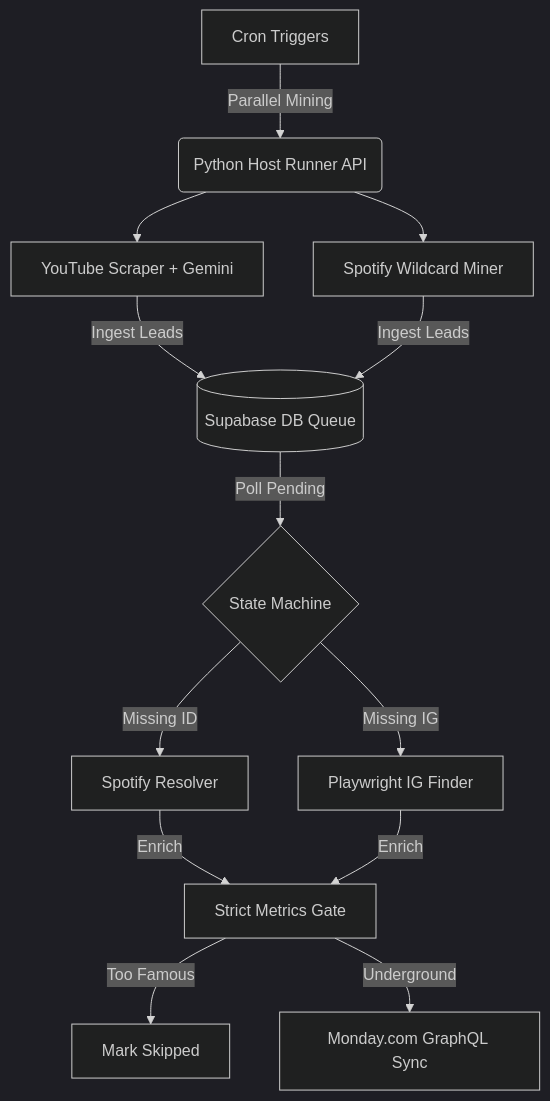
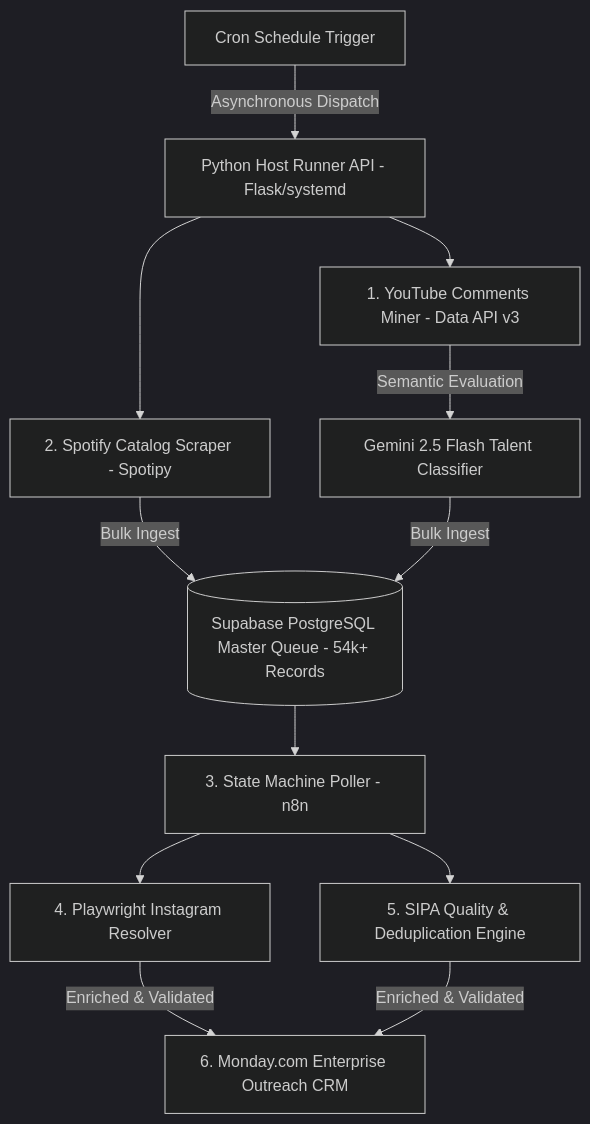
Before and after one commit to jraphaelbarbosa/beatmatch-ai-automation-hub: the diagram in README.md, drawn with Mermaid (dark theme). The commit also changed other lines of this file and 13 other files, not shown here.

````diff
--- a/README.md
+++ b/README.md
@@ -36,15 +20,12 @@
 ```mermaid
-graph TD
-    A[Cron Triggers] -->|Parallel Mining| B(Python Host Runner API)
-    B --> C[YouTube Scraper + Gemini]
-    B --> D[Spotify Wildcard Miner]
-    C & D -->|Ingest Leads| E[(Supabase DB Queue)]
-    
-    E -->|Poll Pending| F{State Machine}
-    F -->|Missing ID| G[Spotify Resolver]
-    F -->|Missing IG| H[Playwright IG Finder]
-    
-    G & H -->|Enrich| I[Strict Metrics Gate]
-    I -->|Too Famous| J[Mark Skipped]
-    I -->|Underground| K[Monday.com GraphQL Sync]
+flowchart TD
+    A[Cron Schedule Trigger] -->|Asynchronous Dispatch| B[Python Host Runner API - Flask/systemd]
+    B --> C[1. YouTube Comments Miner - Data API v3]
+    B --> D[2. Spotify Catalog Scraper - Spotipy]
+    C -->|Semantic Evaluation| E[Gemini 2.5 Flash Talent Classifier]
+    D & E -->|Bulk Ingest| F[(Supabase PostgreSQL Master Queue - 54k+ Records)]
+    F --> G[3. State Machine Poller - n8n]
+    G --> H[4. Playwright Instagram Resolver]
+    G --> I[5. SIPA Quality & Deduplication Engine]
+    H & I -->|Enriched & Validated| J[6. Monday.com Enterprise Outreach CRM]
 ```
````
